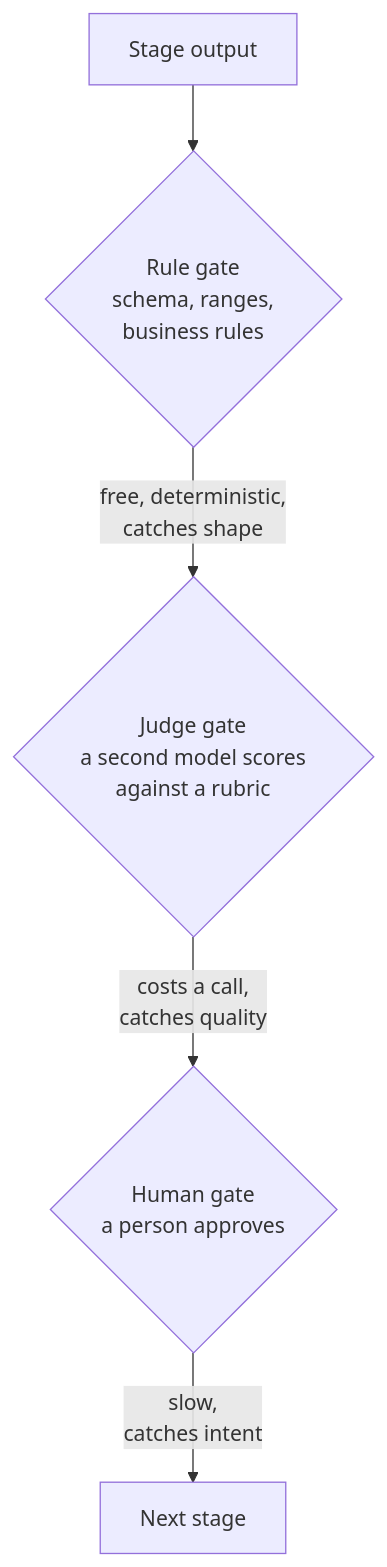
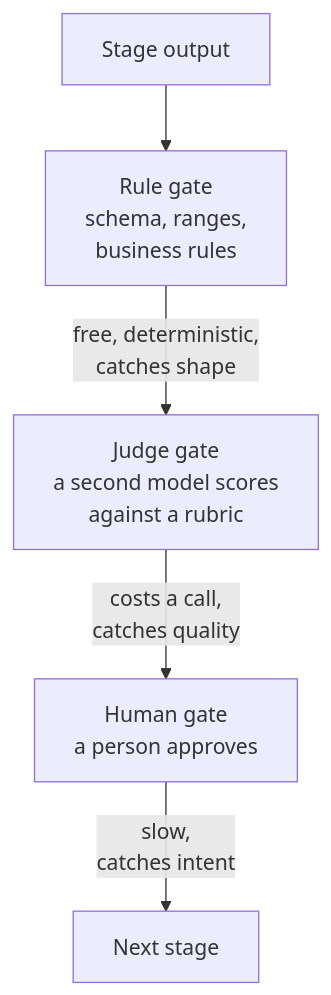
One commit to chintan-dshel/aible changed the third of 4 diagrams in docs/patterns/stage-gates.md. Above: the diagram before and after it, drawn with Mermaid. The commit also changed other lines of this file and 12 other files, not shown here.

First line of the commit message:
Restructure per pedagogy review; fix root-cause CSS/Mermaid presentation bugs

````diff
--- a/docs/patterns/stage-gates.md
+++ b/docs/patterns/stage-gates.md
@@ -54,7 +95,14 @@
 ```mermaid
+---
+config:
+  themeVariables:
+    fontSize: 16px
+---
 flowchart TB
-  O["Stage output"]:::agent --> R{"Rule gate<br/>schema, ranges,<br/>business rules"}:::gate
-  R -- "free, deterministic,<br/>catches shape" --> J{"Judge gate<br/>a second model scores<br/>against a rubric"}:::gate
-  J -- "costs a call,<br/>catches quality" --> H{"Human gate<br/>a person approves"}:::human
+  accTitle: The three kinds of gate checker, in run order
+  accDescr: A rule gate runs first because it is free and deterministic. A judge gate runs second, costing one model call to catch quality problems a schema cannot. A human gate runs last and is slowest, catching intent mismatches.
+  O["Stage output"]:::agent --> R["Rule gate<br/>schema, ranges,<br/>business rules"]:::gate
+  R -- "free, deterministic,<br/>catches shape" --> J["Judge gate<br/>a second model scores<br/>against a rubric"]:::gate
+  J -- "costs a call,<br/>catches quality" --> H["Human gate<br/>a person approves"]:::human
   H -- "slow,<br/>catches intent" --> N["Next stage"]:::agent
 ```
````
